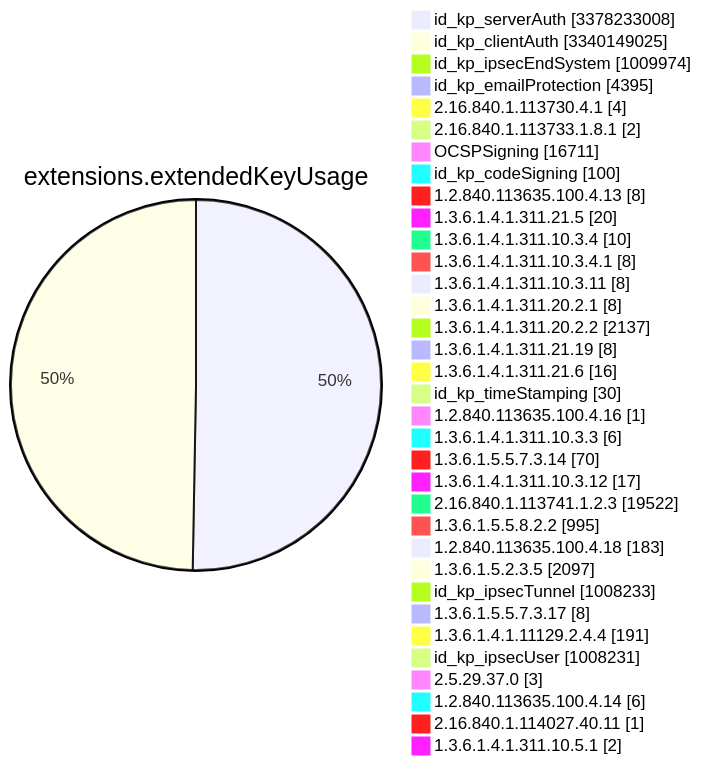
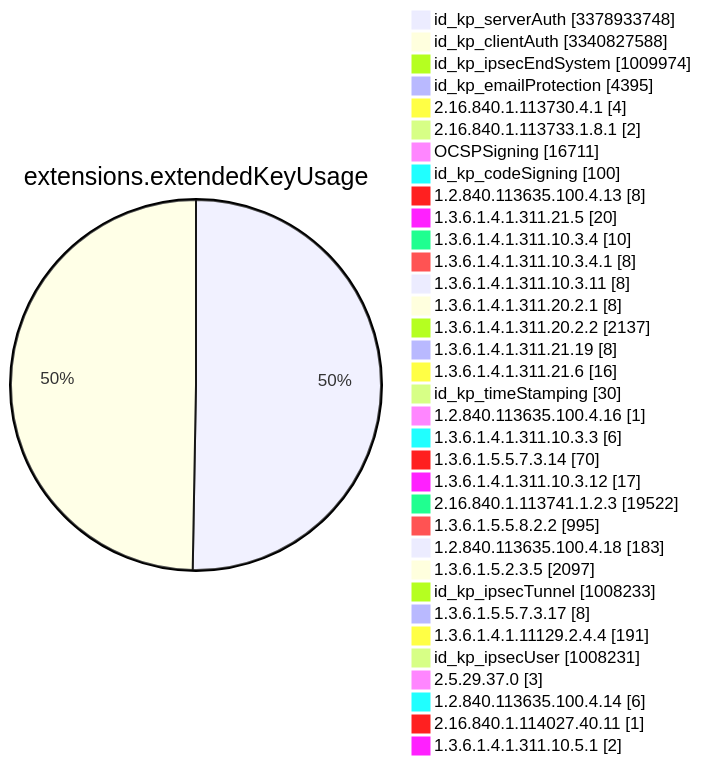
Diagram 11 of 15 in TOTAL/README.md (christiankrug/ctmonitor_visualization), drawn with Mermaid before and after one commit. The commit also changed other lines of this file, not shown here.

````diff
--- a/TOTAL/README.md
+++ b/TOTAL/README.md
@@ -4120,38 +4120,38 @@
 ```mermaid
 pie showData
 title extensions.extendedKeyUsage
-"id_kp_serverAuth" :3378233008
-"id_kp_clientAuth" :3340149025
+"id_kp_serverAuth" :3378933748
+"id_kp_clientAuth" :3340827588
 "id_kp_ipsecEndSystem" :1009974
 "id_kp_emailProtection" :4395
 "2.16.840.1.113730.4.1" :4
 "2.16.840.1.113733.1.8.1" :2
 "OCSPSigning" :16711
 "id_kp_codeSigning" :100
 "1.2.840.113635.100.4.13" :8
 "1.3.6.1.4.1.311.21.5" :20
 "1.3.6.1.4.1.311.10.3.4" :10
 "1.3.6.1.4.1.311.10.3.4.1" :8
 "1.3.6.1.4.1.311.10.3.11" :8
 "1.3.6.1.4.1.311.20.2.1" :8
 "1.3.6.1.4.1.311.20.2.2" :2137
 "1.3.6.1.4.1.311.21.19" :8
 "1.3.6.1.4.1.311.21.6" :16
 "id_kp_timeStamping" :30
 "1.2.840.113635.100.4.16" :1
 "1.3.6.1.4.1.311.10.3.3" :6
 "1.3.6.1.5.5.7.3.14" :70
 "1.3.6.1.4.1.311.10.3.12" :17
 "2.16.840.1.113741.1.2.3" :19522
 "1.3.6.1.5.5.8.2.2" :995
 "1.2.840.113635.100.4.18" :183
 "1.3.6.1.5.2.3.5" :2097
 "id_kp_ipsecTunnel" :1008233
 "1.3.6.1.5.5.7.3.17" :8
 "1.3.6.1.4.1.11129.2.4.4" :191
 "id_kp_ipsecUser" :1008231
 "2.5.29.37.0" :3
 "1.2.840.113635.100.4.14" :6
 "2.16.840.1.114027.40.11" :1
 "1.3.6.1.4.1.311.10.5.1" :2
 ```
````
